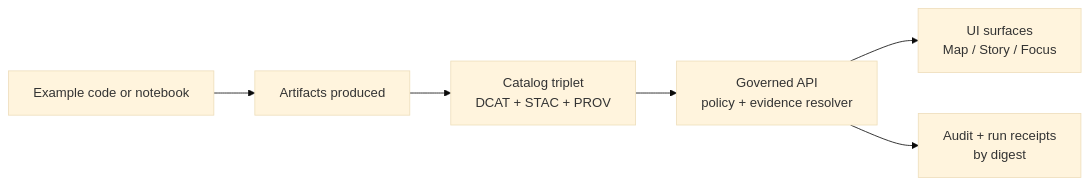
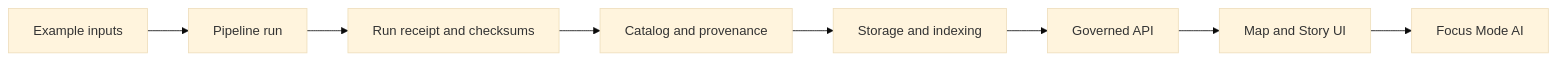
The diagram in examples/README.md (bartytime4life/Kansas-Frontier-Matrix), drawn with Mermaid (base theme) before and after one commit. The commit also changed other lines of this file, not shown here.

````diff
--- a/examples/README.md
+++ b/examples/README.md
@@ -92,8 +59,10 @@
 ```mermaid
 flowchart LR
-  A[Example code or notebook] --> B[Artifacts produced]
-  B --> C[Catalog triplet<br/>DCAT + STAC + PROV]
-  C --> D[Governed API<br/>policy + evidence resolver]
-  D --> E[UI surfaces<br/>Map / Story / Focus]
-  D --> F[Audit + run receipts<br/>by digest]
+  A[Example inputs] --> B[Pipeline run]
+  B --> C[Run receipt and checksums]
+  C --> D[Catalog and provenance]
+  D --> E[Storage and indexing]
+  E --> F[Governed API]
+  F --> G[Map and Story UI]
+  G --> H[Focus Mode AI]
 ```
````
